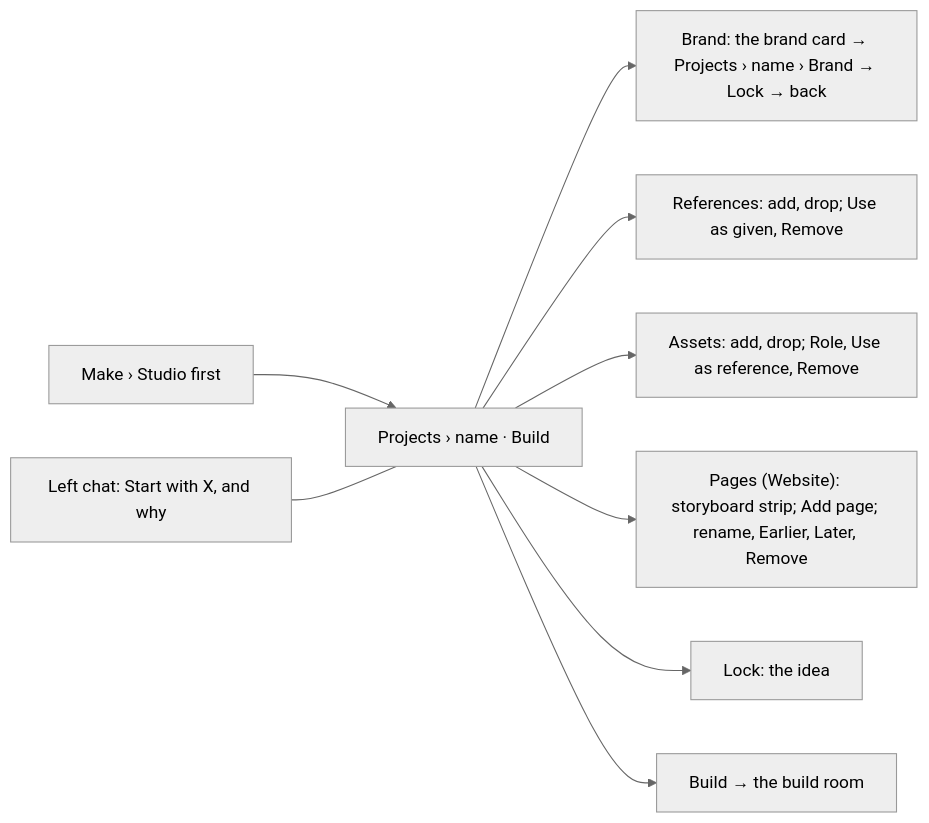
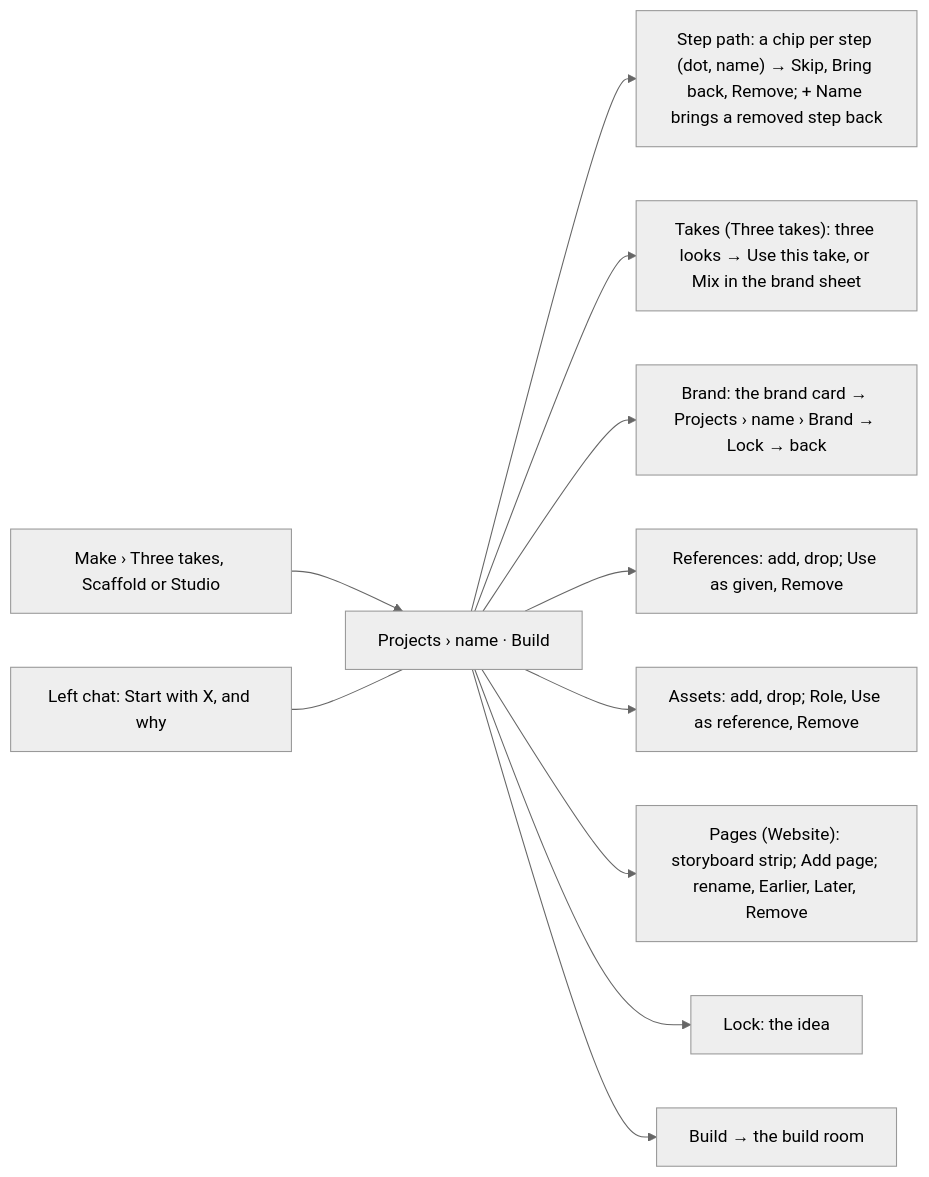
Before and after one commit to Pukujan/swarm-studio: the seventh of 27 diagrams in docs/ux/SITEMAP.md, drawn with Mermaid (neutral theme). The commit also changed other lines of this file and 17 other files, not shown here.

First line of the commit message:
The ways to make something: Make offers Just build, Guided, Three takes, Scaffold, Studio (spec 42) (#417)

````diff
--- a/docs/ux/SITEMAP.md
+++ b/docs/ux/SITEMAP.md
@@ -198,11 +212,13 @@
 ```mermaid
 flowchart LR
-  MK["Make › Studio first"] --> SC["Projects › name · Build"]
+  MK["Make › Three takes, Scaffold or Studio"] --> SC["Projects › name · Build"]
   CH["Left chat: Start with X, and why"] --- SC
+  SC --> PA["Step path: a chip per step (dot, name) → Skip, Bring back, Remove; + Name brings a removed step back"]
+  SC --> TK["Takes (Three takes): three looks → Use this take, or Mix in the brand sheet"]
   SC --> BR["Brand: the brand card → Projects › name › Brand → Lock → back"]
   SC --> RF["References: add, drop; Use as given, Remove"]
   SC --> AS["Assets: add, drop; Role, Use as reference, Remove"]
   SC --> PG["Pages (Website): storyboard strip; Add page; rename, Earlier, Later, Remove"]
   SC --> LK["Lock: the idea"]
   SC --> BU["Build → the build room"]
 ```
````
